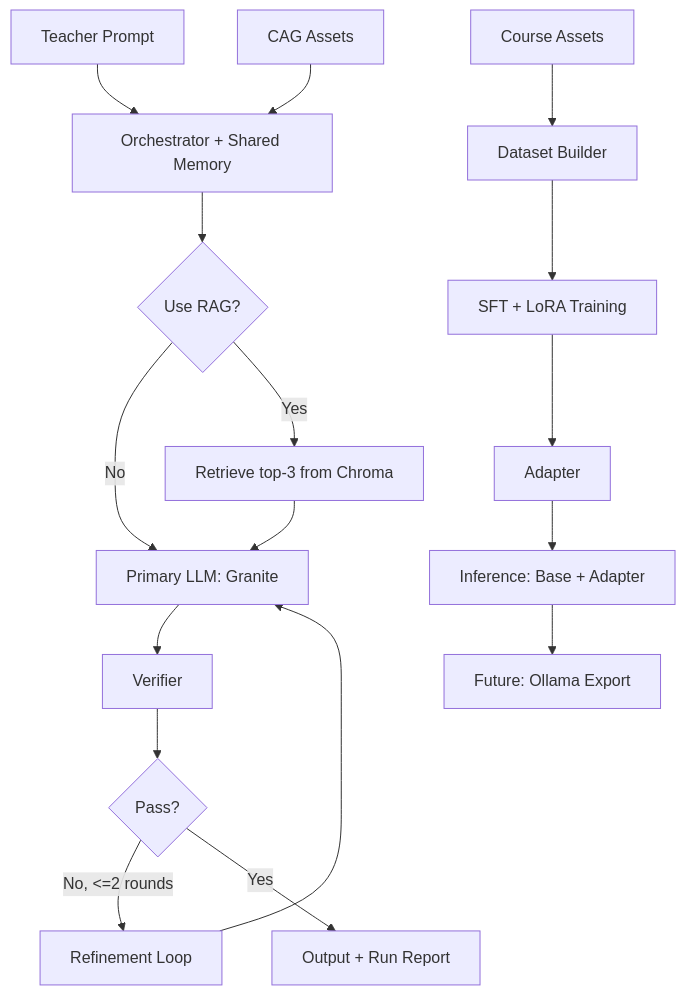
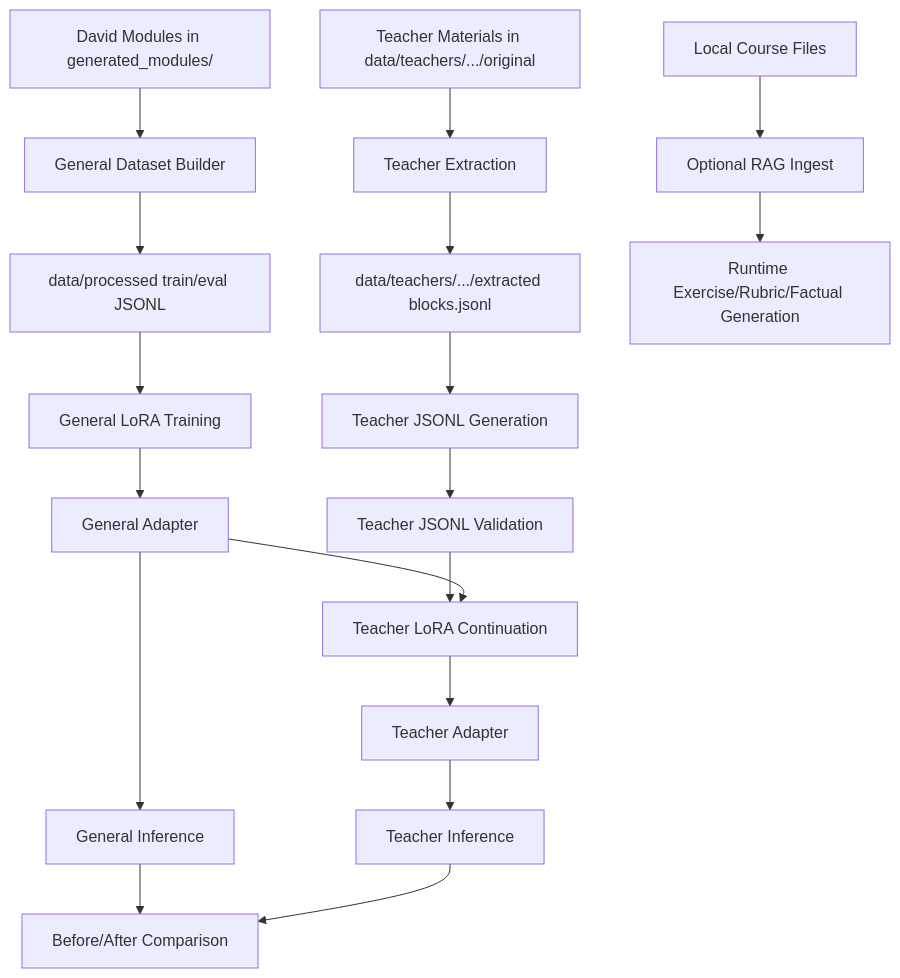
The diagram in README.md (Lucy-E-Rong/edu-proj), drawn with Mermaid before and after one commit. The commit also changed other lines of this file and 21 other files, not shown here.

Commit message:
General-to-Teacher Customization Pipeline and Case Study Update

````diff
--- a/README.md
+++ b/README.md
@@ -20,20 +60,23 @@
 ```mermaid
 flowchart TD
-  TP[Teacher Prompt] --> ORCH[Orchestrator + Shared Memory]
-  CAG[CAG Assets] --> ORCH
-  ORCH --> RAG{Use RAG?}
-  RAG -->|No| LLM[Primary LLM: Granite]
-  RAG -->|Yes| RET[Retrieve top-3 from Chroma]
-  RET --> LLM
-  LLM --> VER[Verifier]
-  VER --> OK{Pass?}
-  OK -->|No, <=2 rounds| REF[Refinement Loop]
-  REF --> LLM
-  OK -->|Yes| OUT[Output + Run Report]
+  DM[David Modules in generated_modules/] --> GDB[General Dataset Builder]
+  GDB --> GJSON[data/processed train/eval JSONL]
+  GJSON --> GTRAIN[General LoRA Training]
+  GTRAIN --> GADP[General Adapter]
 
-  CA[Course Assets] --> DB[Dataset Builder]
-  DB --> SFT[SFT + LoRA Training]
-  SFT --> ADP[Adapter]
-  ADP --> INF[Inference: Base + Adapter]
-  INF --> OLLA[Future: Ollama Export]
+  TM[Teacher Materials in data/teachers/.../original] --> TEX[Teacher Extraction]
+  TEX --> TBLOCKS[data/teachers/.../extracted blocks.jsonl]
+  TBLOCKS --> TJSON[Teacher JSONL Generation]
+  TJSON --> TVAL[Teacher JSONL Validation]
+  TVAL --> TTRAIN[Teacher LoRA Continuation]
+  GADP --> TTRAIN
+  TTRAIN --> TADP[Teacher Adapter]
+
+  GADP --> GINF[General Inference]
+  TADP --> TINF[Teacher Inference]
+  GINF --> COMP[Before/After Comparison]
+  TINF --> COMP
+
+  COURSE[Local Course Files] --> RAGX[Optional RAG Ingest]
+  RAGX --> RUNTIME[Runtime Exercise/Rubric/Factual Generation]
 ```
````
